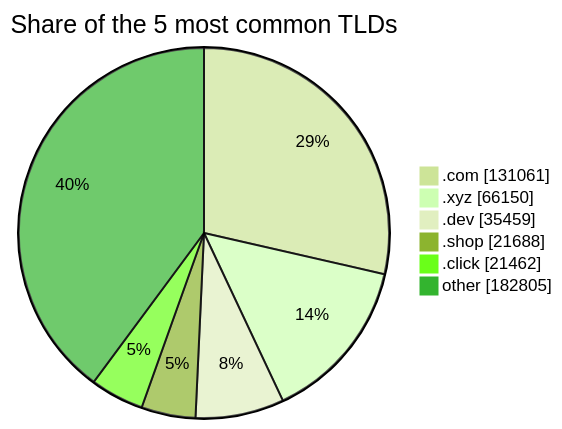
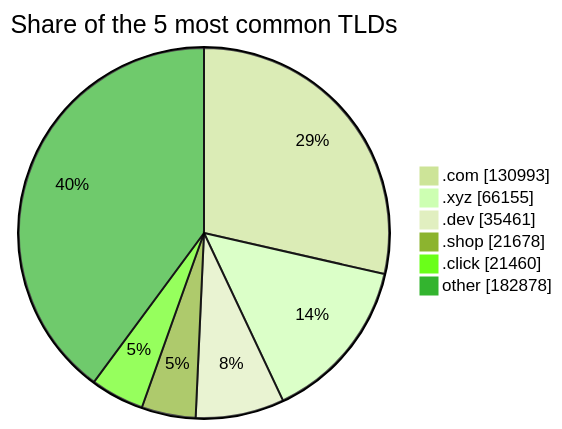
Before and after one commit to DNSBunker/CTI: the third of 3 diagrams in README.md, drawn with Mermaid (forest theme). The commit also changed other lines of this file and 3 other files, not shown here.

````diff
--- a/README.md
+++ b/README.md
@@ -81,9 +81,9 @@
 ```mermaid
 pie showData title Share of the 5 most common TLDs
-    ".com" : 131061
-    ".xyz" : 66150
-    ".dev" : 35459
-    ".shop" : 21688
-    ".click" : 21462
-    "other" : 182805
+    ".com" : 130993
+    ".xyz" : 66155
+    ".dev" : 35461
+    ".shop" : 21678
+    ".click" : 21460
+    "other" : 182878
 ```
````
